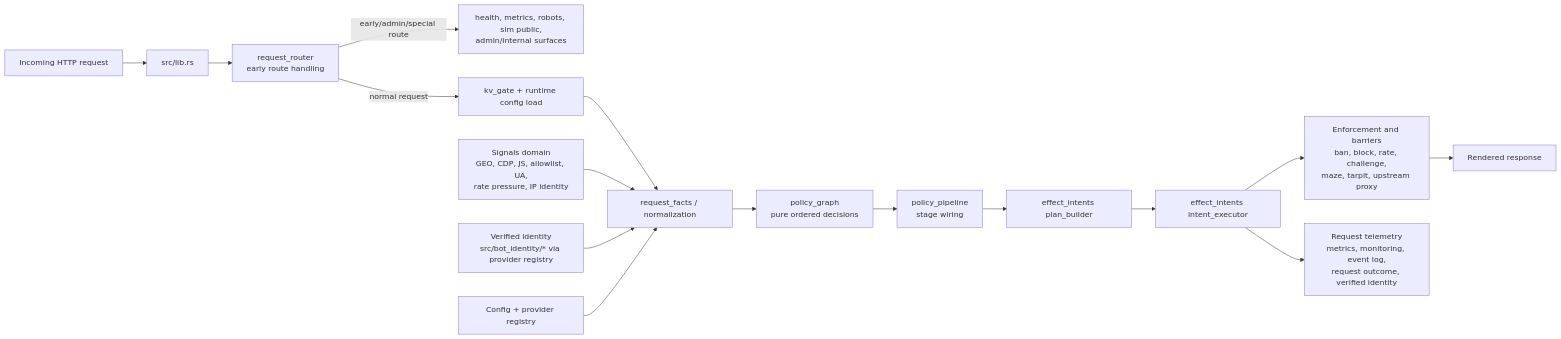
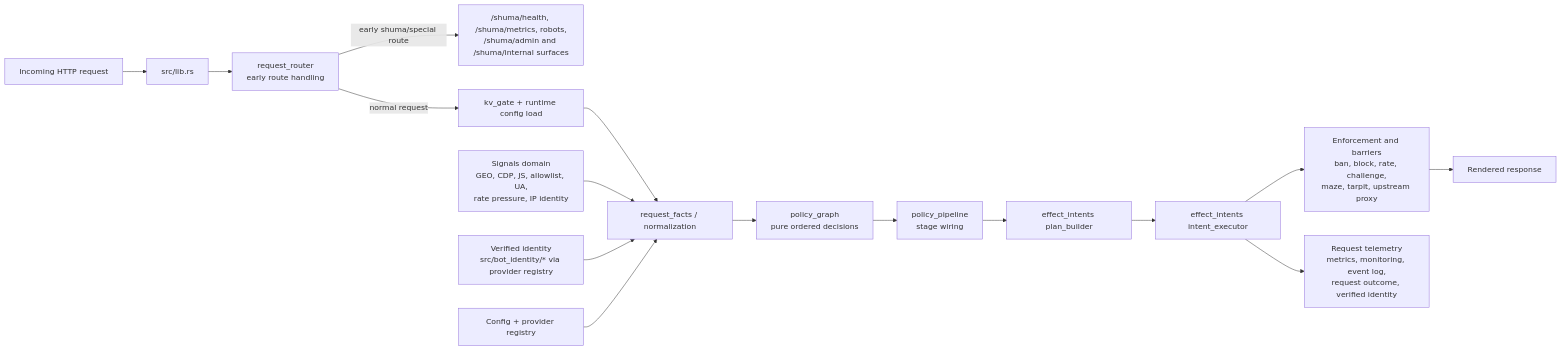
The second of 3 diagrams in docs/current-system-architecture.md (atomless/Shuma-Gorath), drawn with Mermaid before and after one commit. The commit also changed other lines of this file and 22 other files, not shown here.

Commit message:
Align active docs with /shuma route namespace

````diff
--- a/docs/current-system-architecture.md
+++ b/docs/current-system-architecture.md
@@ -79,22 +79,22 @@
 ```mermaid
 flowchart LR
   Req["Incoming HTTP request"] --> Entry["src/lib.rs"]
   Entry --> Router["request_router<br/>early route handling"]
 
-  Router -->|early/admin/special route| Early["health, metrics, robots, sim public,<br/>admin/internal surfaces"]
+  Router -->|early shuma/special route| Early["/shuma/health, /shuma/metrics, robots,<br/>/shuma/admin and /shuma/internal surfaces"]
   Router -->|normal request| KVGate["kv_gate + runtime config load"]
 
   KVGate --> Facts["request_facts / normalization"]
   Signals["Signals domain<br/>GEO, CDP, JS, allowlist, UA,<br/>rate pressure, IP identity"] --> Facts
   Identity["Verified identity<br/>src/bot_identity/* via provider registry"] --> Facts
   Config["Config + provider registry"] --> Facts
 
   Facts --> Graph["policy_graph<br/>pure ordered decisions"]
   Graph --> Pipeline["policy_pipeline<br/>stage wiring"]
   Pipeline --> Plan["effect_intents plan_builder"]
   Plan --> Exec["effect_intents intent_executor"]
 
   Exec --> Enforce["Enforcement and barriers<br/>ban, block, rate, challenge,<br/>maze, tarpit, upstream proxy"]
   Exec --> Telemetry["Request telemetry<br/>metrics, monitoring, event log,<br/>request outcome, verified identity"]
   Enforce --> Resp["Rendered response"]
 ```
````
